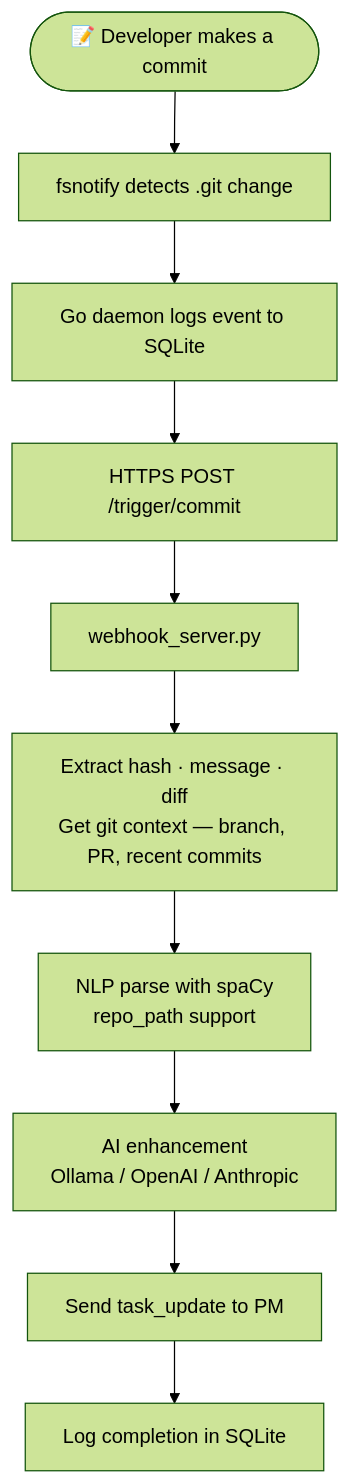
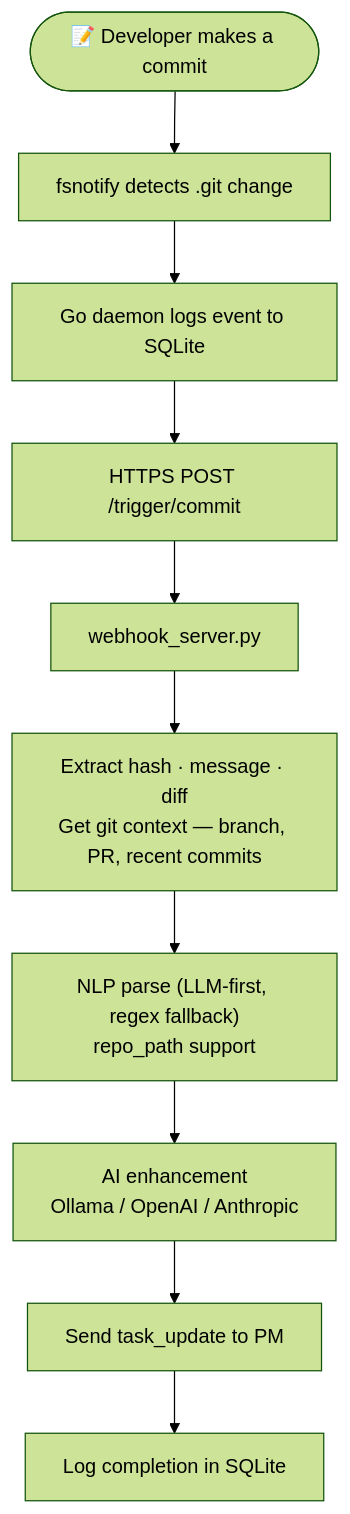
The second of 5 diagrams in devtrack_wiki/wiki/docs/ARCHITECTURE.md (sraj0501/Devtrack_), drawn with Mermaid (forest theme) before and after one commit. The commit also changed other lines of this file and 8 other files, not shown here.

````diff
--- a/devtrack_wiki/wiki/docs/ARCHITECTURE.md
+++ b/devtrack_wiki/wiki/docs/ARCHITECTURE.md
@@ -177,12 +177,12 @@
 ```mermaid
 flowchart TD
     A(["📝 Developer makes a commit"]) --> B["fsnotify detects .git change"]
     B --> C["Go daemon logs event to SQLite"]
     C --> D["HTTPS POST /trigger/commit"]
     D --> E["webhook_server.py"]
     E --> F["Extract hash · message · diff\nGet git context — branch, PR, recent commits"]
-    F --> G["NLP parse with spaCy\nrepo_path support"]
+    F --> G["NLP parse (LLM-first, regex fallback)\nrepo_path support"]
     G --> H["AI enhancement\nOllama / OpenAI / Anthropic"]
     H --> I["Send task_update to PM"]
     I --> J["Log completion in SQLite"]
 ```
````
